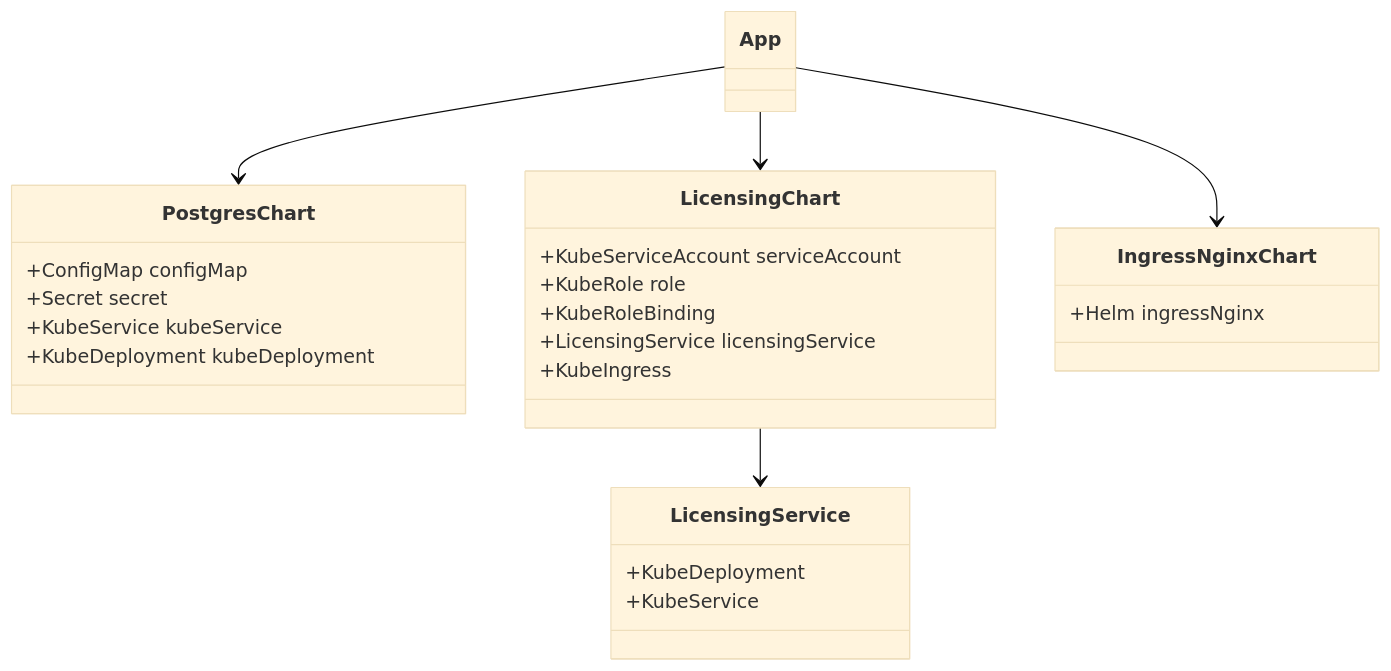
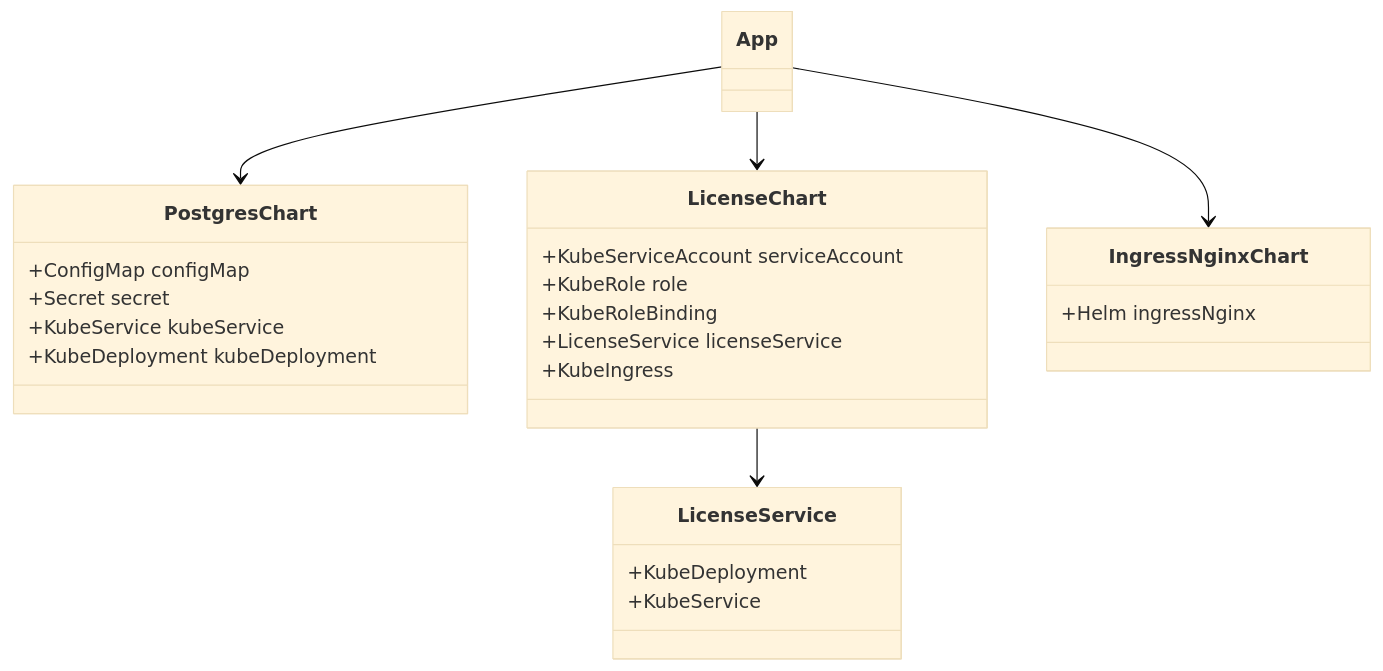
The diagram in k8s/README.md (bettermarks/license-manager-POC), drawn with Mermaid (base theme) before and after one commit. The commit also changed other lines of this file and 55 other files, not shown here.

Commit message:
refactor: renamed licensing to license

````diff
--- a/k8s/README.md
+++ b/k8s/README.md
@@ -189,33 +189,33 @@
 ```mermaid
 classDiagram
 
 class PostgresChart {
    +ConfigMap configMap
    +Secret secret
    +KubeService kubeService
    +KubeDeployment kubeDeployment
 }
 
-class LicensingChart {
+class LicenseChart {
    +KubeServiceAccount serviceAccount
    +KubeRole role
    +KubeRoleBinding
-   +LicensingService licensingService
+   +LicenseService licenseService
    +KubeIngress
 }
 
 class IngressNginxChart {
    +Helm ingressNginx
 }
 
-class LicensingService {
+class LicenseService {
    +KubeDeployment
    +KubeService
 }
 
 App --> PostgresChart
-App --> LicensingChart
+App --> LicenseChart
 App --> IngressNginxChart
-LicensingChart --> LicensingService
+LicenseChart --> LicenseService
 
 ```
````
